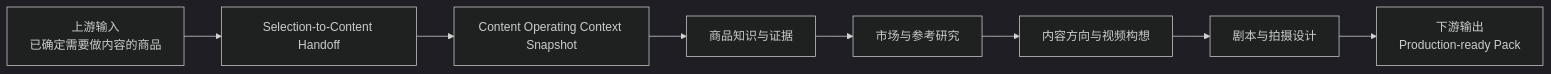
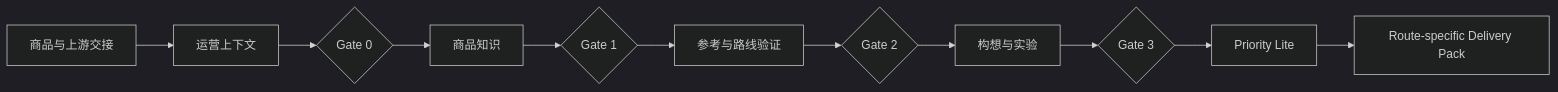
Before and after one commit to SONG-36/TK_Video_Intelligence_Workbench: the diagram in 03_RELEASE_1_SCOPE_AND_BOUNDARIES.md, drawn with Mermaid (dark theme). The commit also changed other lines of this file and 8 other files, not shown here.

````diff
--- a/03_RELEASE_1_SCOPE_AND_BOUNDARIES.md
+++ b/03_RELEASE_1_SCOPE_AND_BOUNDARIES.md
@@ -26,13 +33,20 @@
 ```mermaid
 flowchart LR
-    UP[上游输入<br/>已确定需要做内容的商品]
-    H[Selection-to-Content Handoff]
-    COC[Content Operating Context Snapshot]
-    A[商品知识与证据]
-    B[市场与参考研究]
-    C[内容方向与视频构想]
-    D[剧本与拍摄设计]
-    OUT[下游输出<br/>Production-ready Pack]
+    UP[商品与上游交接]
+    S0[运营上下文]
+    G0{Gate 0}
+    A[商品知识]
+    G1{Gate 1}
+    B[参考与路线验证]
+    G2{Gate 2}
+    C[构想与实验]
+    G3{Gate 3}
+    P[Priority Lite]
+    D[Route-specific Delivery Pack]
 
-    UP --> H --> COC --> A --> B --> C --> D --> OUT
+    UP --> S0 --> G0
+    G0 --> A --> G1
+    G1 --> B --> G2
+    G2 --> C --> G3
+    G3 --> P --> D
 ```
````
